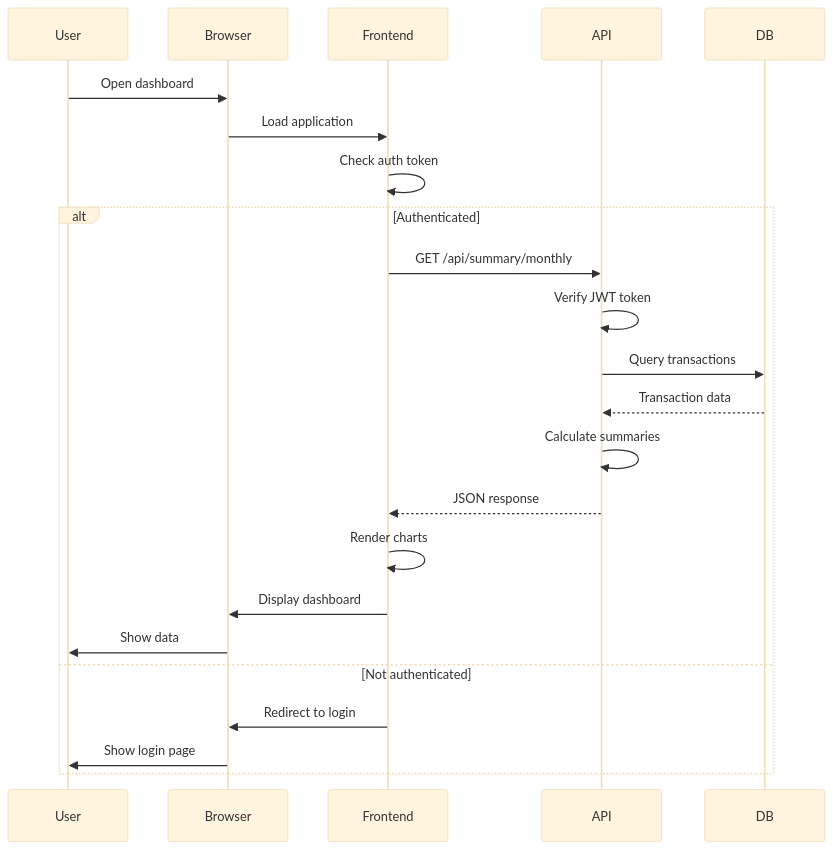
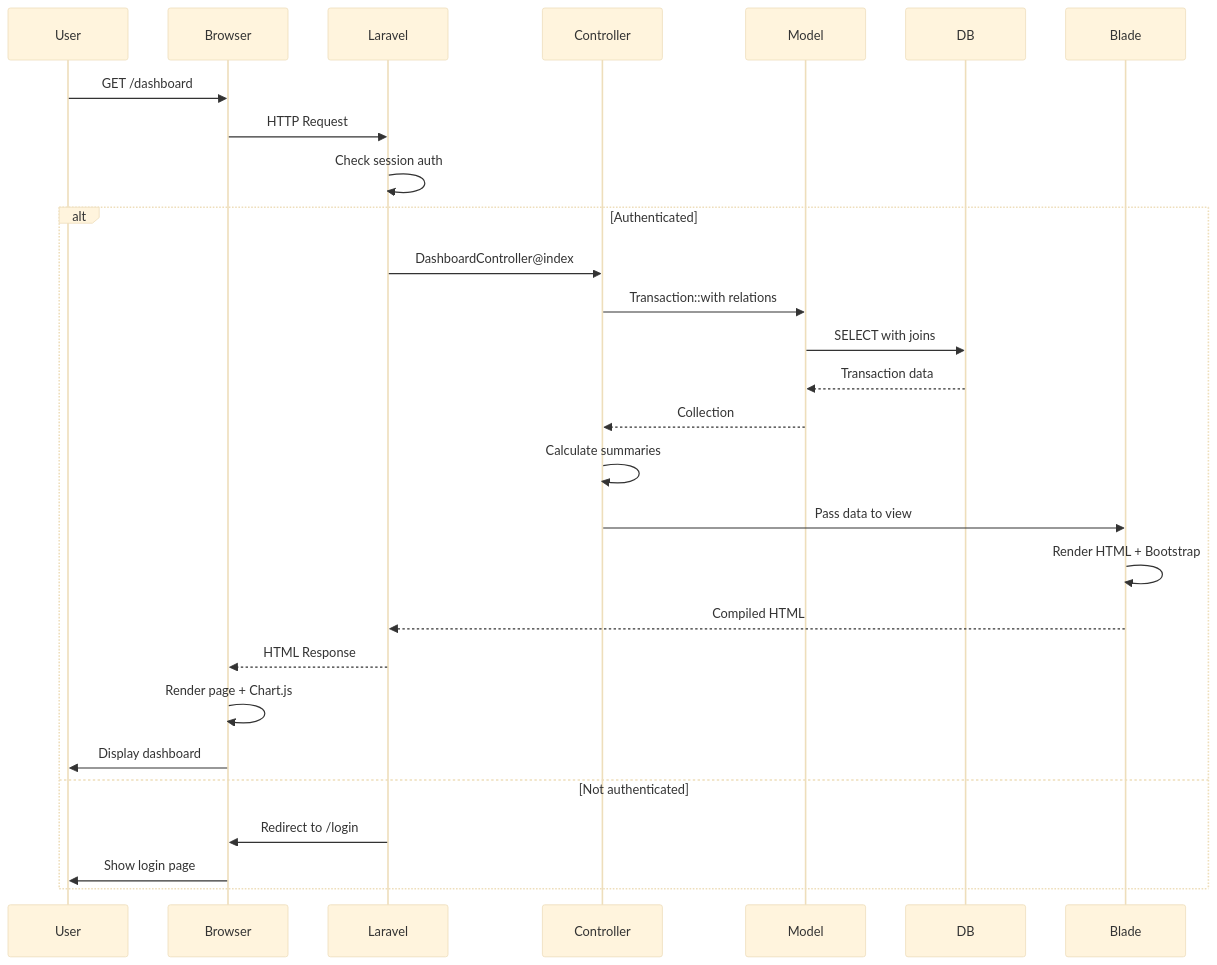
Before and after one commit to yadiabdillah/money_tracker: the third of 12 diagrams in architecture_diagram.md, drawn with Mermaid (base theme). The commit also changed other lines of this file and 3 other files, not shown here.

````diff
--- a/architecture_diagram.md
+++ b/architecture_diagram.md
@@ -86,27 +87,32 @@
 ```mermaid
 sequenceDiagram
     participant User
     participant Browser
-    participant Frontend
-    participant API
+    participant Laravel
+    participant Controller
+    participant Model
     participant DB
+    participant Blade
     
-    User->>Browser: Open dashboard
-    Browser->>Frontend: Load application
-    Frontend->>Frontend: Check auth token
+    User->>Browser: GET /dashboard
+    Browser->>Laravel: HTTP Request
+    Laravel->>Laravel: Check session auth
     
     alt Authenticated
-        Frontend->>API: GET /api/summary/monthly
-        API->>API: Verify JWT token
-        API->>DB: Query transactions
-        DB-->>API: Transaction data
-        API->>API: Calculate summaries
-        API-->>Frontend: JSON response
-        Frontend->>Frontend: Render charts
-        Frontend->>Browser: Display dashboard
-        Browser->>User: Show data
+        Laravel->>Controller: DashboardController@index
+        Controller->>Model: Transaction::with relations
+        Model->>DB: SELECT with joins
+        DB-->>Model: Transaction data
+        Model-->>Controller: Collection
+        Controller->>Controller: Calculate summaries
+        Controller->>Blade: Pass data to view
+        Blade->>Blade: Render HTML + Bootstrap
+        Blade-->>Laravel: Compiled HTML
+        Laravel-->>Browser: HTML Response
+        Browser->>Browser: Render page + Chart.js
+        Browser->>User: Display dashboard
     else Not authenticated
-        Frontend->>Browser: Redirect to login
+        Laravel->>Browser: Redirect to /login
         Browser->>User: Show login page
     end
 ```
````
